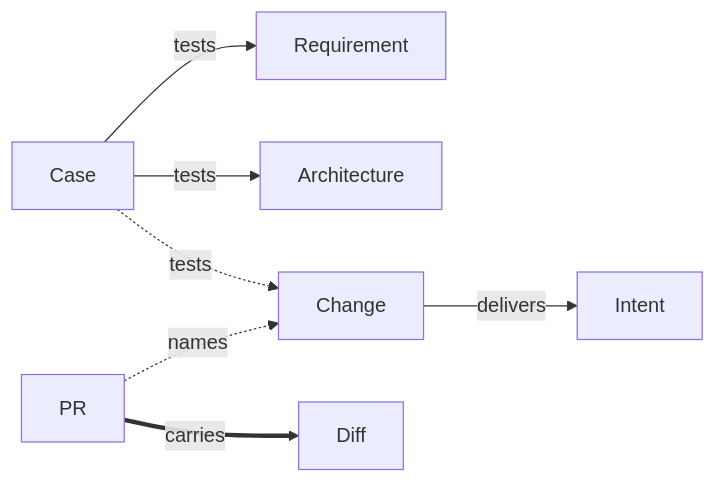
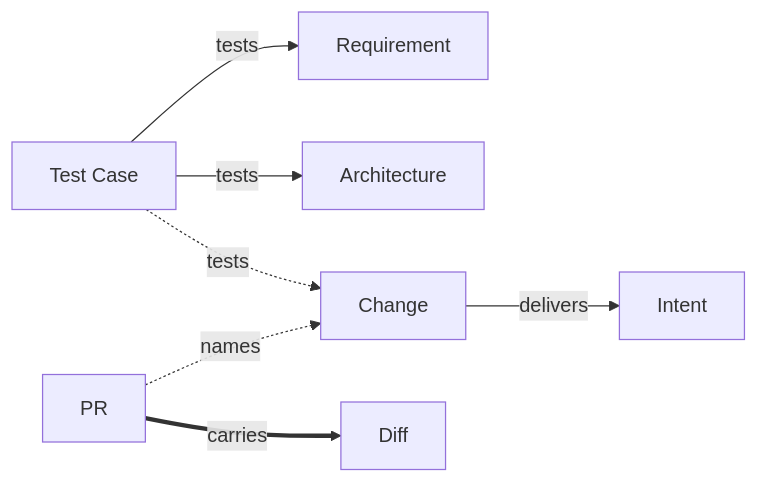
One commit to Kai-Hacks-AI/KAAL changed the diagram in engineering/metamodel/views/do.md. Above: the diagram before and after it, drawn with Mermaid. The commit also changed other lines of this file and 10 other files, not shown here.

First line of the commit message:
DO: Test Case is the domain object name in the model, the diagrams and the views (release/C71)

````diff
--- a/engineering/metamodel/views/do.md
+++ b/engineering/metamodel/views/do.md
@@ -12,9 +12,9 @@
 ```mermaid
 flowchart LR
   Change -->|delivers| Intent
-  Case -->|tests| Requirement
-  Case -->|tests| Architecture
-  Case -.->|tests| Change
+  TestCase["Test Case"] -->|tests| Requirement
+  TestCase -->|tests| Architecture
+  TestCase -.->|tests| Change
   PR -.->|names| Change
   PR ==>|carries| Diff
 ```
````
